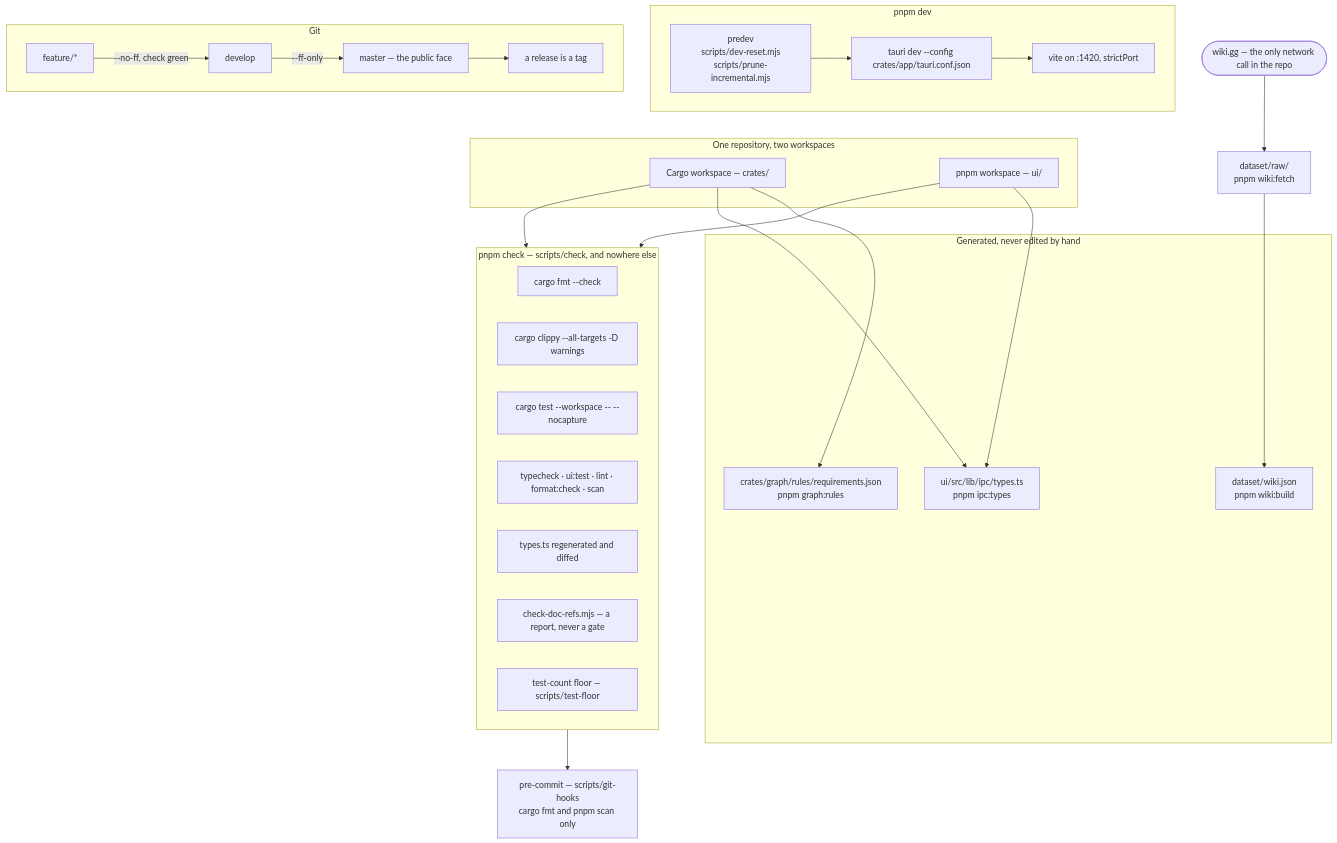
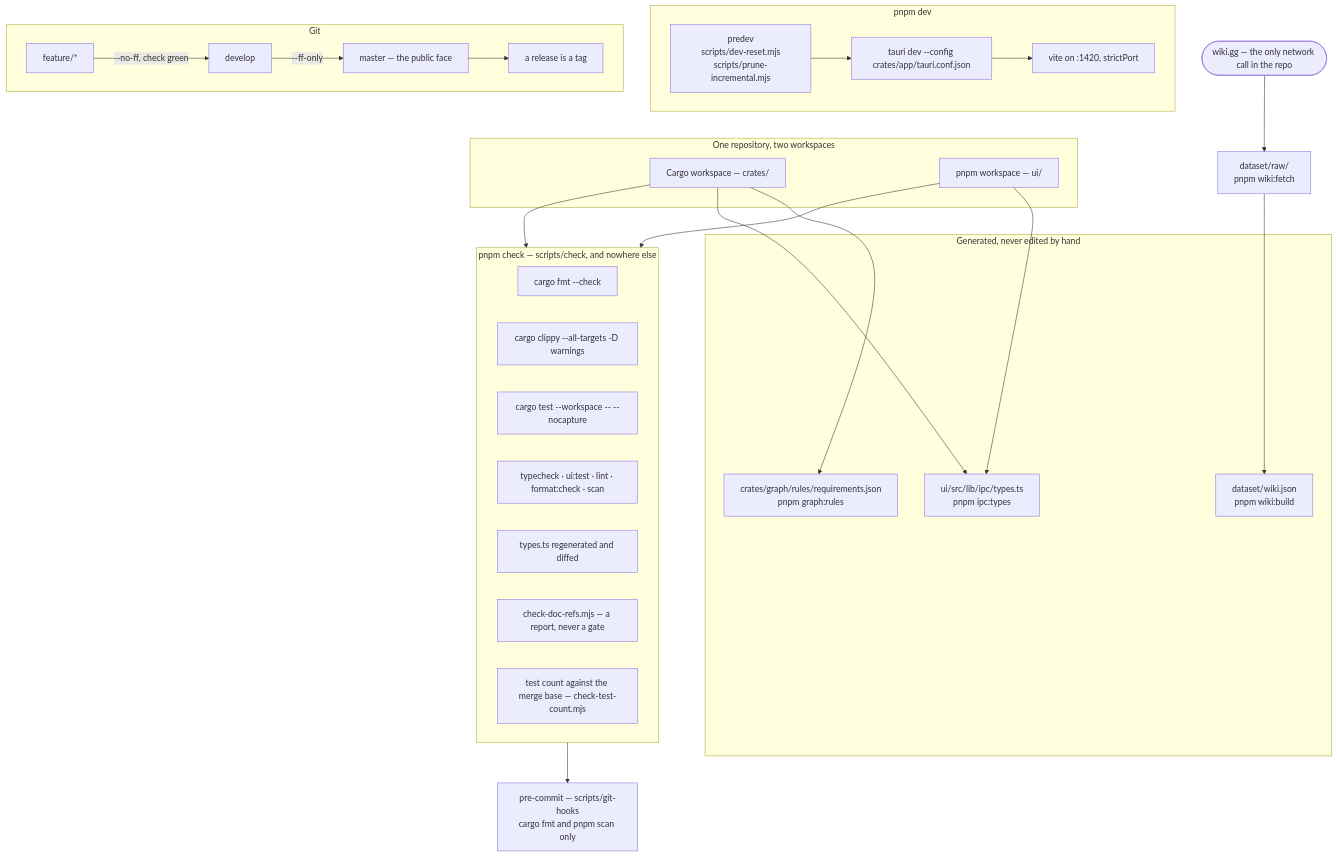
One commit to DomenghiniStefano/isaac-dome changed the fourth of 4 diagrams in docs/architecture.md. Above: the diagram before and after it, drawn with Mermaid. The commit also changed 5 other files, not shown here.

First line of the commit message:
chore: the test count compares against the merge base, and keeps no number

````diff
--- a/docs/architecture.md
+++ b/docs/architecture.md
@@ -321,58 +321,58 @@
 ```mermaid
 flowchart TD
   subgraph repo["One repository, two workspaces"]
     cargo["Cargo workspace — crates/"]
     pnpmws["pnpm workspace — ui/"]
   end
 
   subgraph generated["Generated, never edited by hand"]
     types["ui/src/lib/ipc/types.ts<br/>pnpm ipc:types"]
     reqs["crates/graph/rules/requirements.json<br/>pnpm graph:rules"]
     ds["dataset/wiki.json<br/>pnpm wiki:build"]
   end
 
   net(["wiki.gg — the only network call in the repo"])
   raw["dataset/raw/<br/>pnpm wiki:fetch"]
 
   subgraph dev["pnpm dev"]
     predev["predev<br/>scripts/dev-reset.mjs<br/>scripts/prune-incremental.mjs"]
     tauri["tauri dev --config crates/app/tauri.conf.json"]
     vite["vite on :1420, strictPort"]
   end
 
   subgraph gate["pnpm check — scripts/check, and nowhere else"]
     fmt["cargo fmt --check"]
     clippy["cargo clippy --all-targets -D warnings"]
     ctest["cargo test --workspace -- --nocapture"]
     fe["typecheck · ui:test · lint · format:check · scan"]
     contract["types.ts regenerated and diffed"]
     refs["check-doc-refs.mjs — a report, never a gate"]
-    floorc["test-count floor — scripts/test-floor"]
+    floorc["test count against the merge base — check-test-count.mjs"]
   end
 
   hook["pre-commit — scripts/git-hooks<br/>cargo fmt and pnpm scan only"]
 
   subgraph flow["Git"]
     feature["feature/*"]
     develop["develop"]
     master["master — the public face"]
     tag["a release is a tag"]
   end
 
   cargo --> reqs
   cargo --> types
   net --> raw
   raw --> ds
   pnpmws --> types
 
   predev --> tauri
   tauri --> vite
 
   cargo --> gate
   pnpmws --> gate
   gate --> hook
 
   feature -->|"--no-ff, check green"| develop
   develop -->|"--ff-only"| master
   master --> tag
 ```
````
